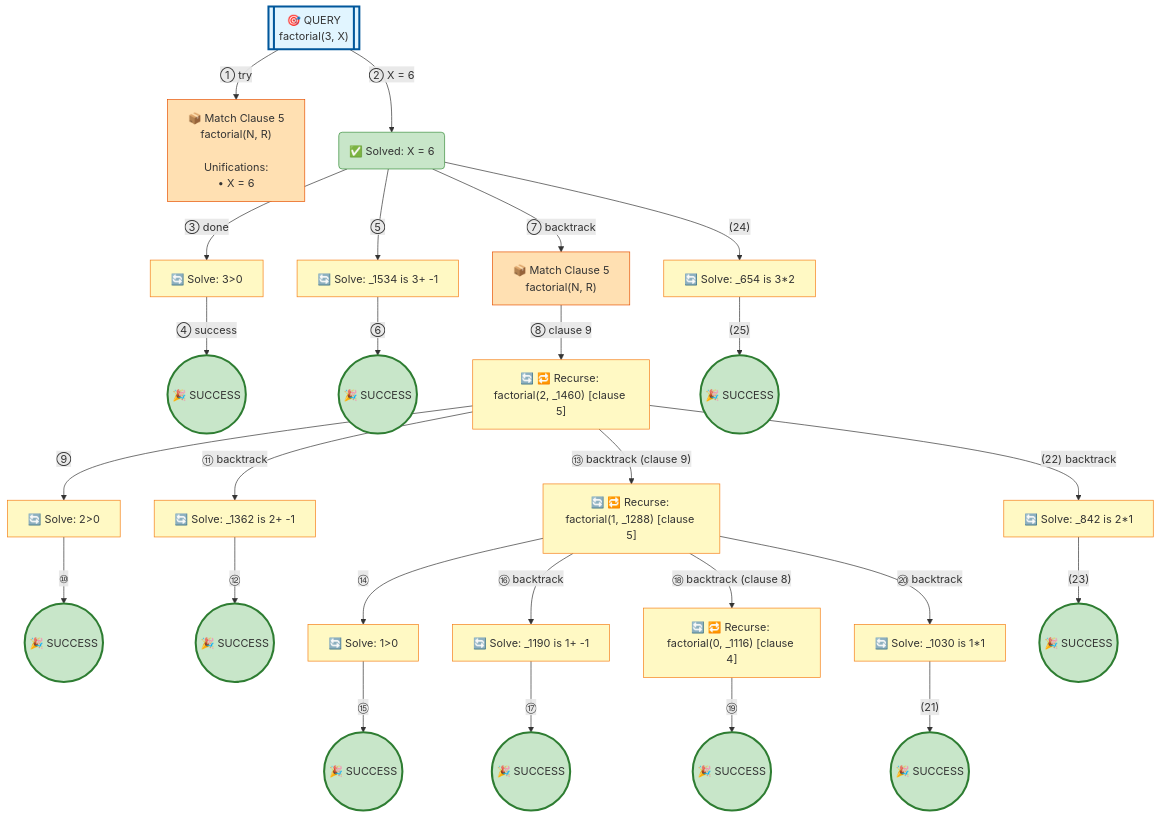
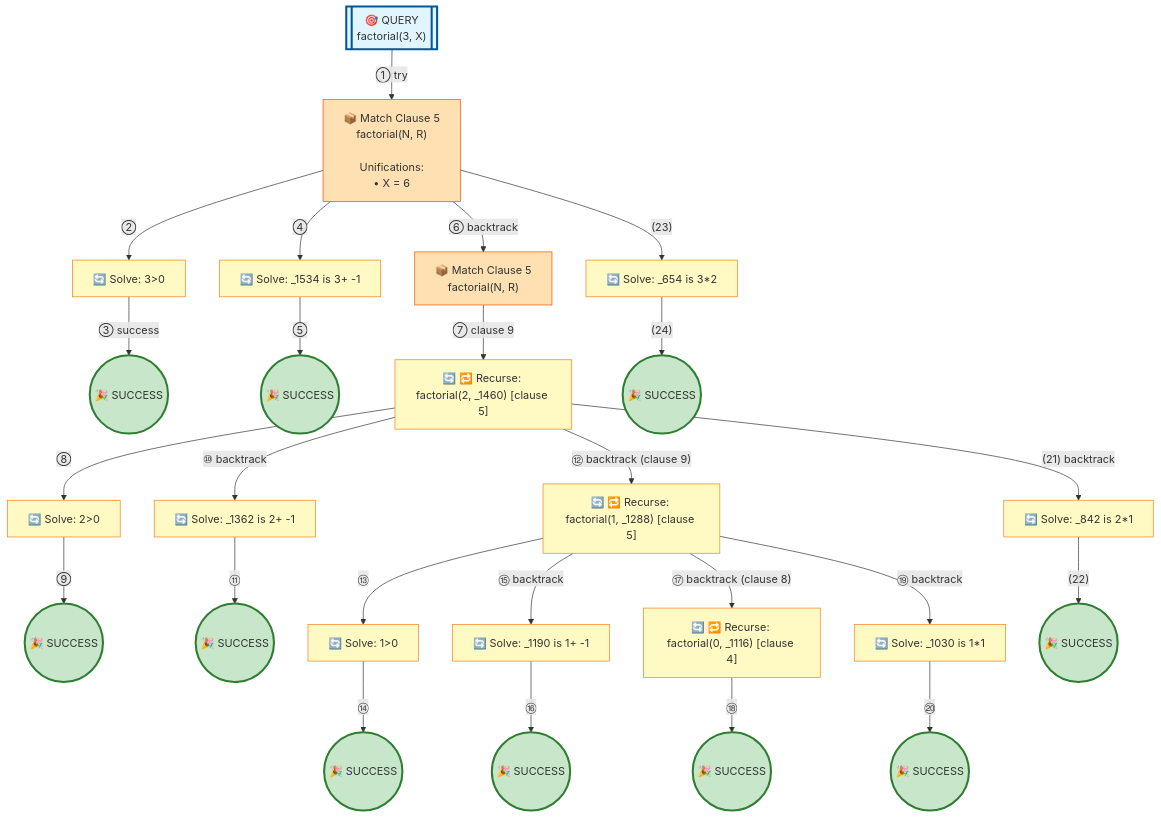
The diagram in examples/factorial-output.md (jarecsni/prolog-trace-viz), drawn with Mermaid before and after one commit. The commit also changed other lines of this file and 24 other files, not shown here.

````diff
--- a/examples/factorial-output.md
+++ b/examples/factorial-output.md
@@ -21,83 +21,80 @@
 %% Nodes
 A[["🎯 QUERY<br/>factorial(3, X)"]]
 B["📦 Match Clause 5<br/>factorial(N, R)<br/><br/>Unifications:<br/>• X = 6"]
-C("✅ Solved: X = 6")
-D["🔄 Solve: 3>0"]
-E(("🎉 SUCCESS"))
-F["🔄 Solve: _1534 is 3+ -1"]
-G(("🎉 SUCCESS"))
-H["📦 Match Clause 5<br/>factorial(N, R)"]
-I["🔄 🔁 Recurse: factorial(2, _1460) [clause 5]"]
-J["🔄 Solve: 2>0"]
-K(("🎉 SUCCESS"))
-L["🔄 Solve: _1362 is 2+ -1"]
-M(("🎉 SUCCESS"))
-N["🔄 🔁 Recurse: factorial(1, _1288) [clause 5]"]
-O["🔄 Solve: 1>0"]
-P(("🎉 SUCCESS"))
-Q["🔄 Solve: _1190 is 1+ -1"]
-R(("🎉 SUCCESS"))
-S["🔄 🔁 Recurse: factorial(0, _1116) [clause 4]"]
-T(("🎉 SUCCESS"))
-U["🔄 Solve: _1030 is 1*1"]
-V(("🎉 SUCCESS"))
-W["🔄 Solve: _842 is 2*1"]
-X(("🎉 SUCCESS"))
-Y["🔄 Solve: _654 is 3*2"]
-Z(("🎉 SUCCESS"))
+C["🔄 Solve: 3>0"]
+D(("🎉 SUCCESS"))
+E["🔄 Solve: _1534 is 3+ -1"]
+F(("🎉 SUCCESS"))
+G["📦 Match Clause 5<br/>factorial(N, R)"]
+H["🔄 🔁 Recurse: factorial(2, _1460) [clause 5]"]
+I["🔄 Solve: 2>0"]
+J(("🎉 SUCCESS"))
+K["🔄 Solve: _1362 is 2+ -1"]
+L(("🎉 SUCCESS"))
+M["🔄 🔁 Recurse: factorial(1, _1288) [clause 5]"]
+N["🔄 Solve: 1>0"]
+O(("🎉 SUCCESS"))
+P["🔄 Solve: _1190 is 1+ -1"]
+Q(("🎉 SUCCESS"))
+R["🔄 🔁 Recurse: factorial(0, _1116) [clause 4]"]
+S(("🎉 SUCCESS"))
+T["🔄 Solve: _1030 is 1*1"]
+U(("🎉 SUCCESS"))
+V["🔄 Solve: _842 is 2*1"]
+W(("🎉 SUCCESS"))
+X["🔄 Solve: _654 is 3*2"]
+Y(("🎉 SUCCESS"))
 
 %% Edges
 A -->|"① try"| B
-A -->|"② X = 6"| C
-C -->|"③ done"| D
-D -->|"④ success"| E
-C -->|"⑤"| F
-F -->|"⑥"| G
-C -->|"⑦ backtrack"| H
-H -->|"⑧ clause 9"| I
+B -->|"②"| C
+C -->|"③ success"| D
+B -->|"④"| E
+E -->|"⑤"| F
+B -->|"⑥ backtrack"| G
+G -->|"⑦ clause 9"| H
+H -->|"⑧"| I
 I -->|"⑨"| J
-J -->|"⑩"| K
-I -->|"⑪ backtrack"| L
-L -->|"⑫"| M
-I -->|"⑬ backtrack (clause 9)"| N
+H -->|"⑩ backtrack"| K
+K -->|"⑪"| L
+H -->|"⑫ backtrack (clause 9)"| M
+M -->|"⑬"| N
 N -->|"⑭"| O
-O -->|"⑮"| P
-N -->|"⑯ backtrack"| Q
-Q -->|"⑰"| R
-N -->|"⑱ backtrack (clause 8)"| S
-S -->|"⑲"| T
-N -->|"⑳ backtrack"| U
-U -->|"(21)"| V
-I -->|"(22) backtrack"| W
-W -->|"(23)"| X
-C -->|"(24)"| Y
-Y -->|"(25)"| Z
+M -->|"⑮ backtrack"| P
+P -->|"⑯"| Q
+M -->|"⑰ backtrack (clause 8)"| R
+R -->|"⑱"| S
+M -->|"⑲ backtrack"| T
+T -->|"⑳"| U
+H -->|"(21) backtrack"| V
+V -->|"(22)"| W
+B -->|"(23)"| X
+X -->|"(24)"| Y
 
 %% Styles
 style A fill:#e1f5ff,stroke:#01579b,stroke-width:3px
 style B fill:#ffe0b2,stroke:#e65100
-style C fill:#c8e6c9,stroke:#388e3c
-style D fill:#fff9c4,stroke:#f57f17
-style E fill:#c8e6c9,stroke:#2e7d32,stroke-width:3px
-style F fill:#fff9c4,stroke:#f57f17
-style G fill:#c8e6c9,stroke:#2e7d32,stroke-width:3px
-style H fill:#ffe0b2,stroke:#e65100
+style C fill:#fff9c4,stroke:#f57f17
+style D fill:#c8e6c9,stroke:#2e7d32,stroke-width:3px
+style E fill:#fff9c4,stroke:#f57f17
+style F fill:#c8e6c9,stroke:#2e7d32,stroke-width:3px
+style G fill:#ffe0b2,stroke:#e65100
+style H fill:#fff9c4,stroke:#f57f17
 style I fill:#fff9c4,stroke:#f57f17
-style J fill:#fff9c4,stroke:#f57f17
-style K fill:#c8e6c9,stroke:#2e7d32,stroke-width:3px
-style L fill:#fff9c4,stroke:#f57f17
-style M fill:#c8e6c9,stroke:#2e7d32,stroke-width:3px
+style J fill:#c8e6c9,stroke:#2e7d32,stroke-width:3px
+style K fill:#fff9c4,stroke:#f57f17
+style L fill:#c8e6c9,stroke:#2e7d32,stroke-width:3px
+style M fill:#fff9c4,stroke:#f57f17
 style N fill:#fff9c4,stroke:#f57f17
-style O fill:#fff9c4,stroke:#f57f17
-style P fill:#c8e6c9,stroke:#2e7d32,stroke-width:3px
-style Q fill:#fff9c4,stroke:#f57f17
-style R fill:#c8e6c9,stroke:#2e7d32,stroke-width:3px
-style S fill:#fff9c4,stroke:#f57f17
-style T fill:#c8e6c9,stroke:#2e7d32,stroke-width:3px
-style U fill:#fff9c4,stroke:#f57f17
-style V fill:#c8e6c9,stroke:#2e7d32,stroke-width:3px
-style W fill:#fff9c4,stroke:#f57f17
-style X fill:#c8e6c9,stroke:#2e7d32,stroke-width:3px
-style Y fill:#fff9c4,stroke:#f57f17
-style Z fill:#c8e6c9,stroke:#2e7d32,stroke-width:3px
+style O fill:#c8e6c9,stroke:#2e7d32,stroke-width:3px
+style P fill:#fff9c4,stroke:#f57f17
+style Q fill:#c8e6c9,stroke:#2e7d32,stroke-width:3px
+style R fill:#fff9c4,stroke:#f57f17
+style S fill:#c8e6c9,stroke:#2e7d32,stroke-width:3px
+style T fill:#fff9c4,stroke:#f57f17
+style U fill:#c8e6c9,stroke:#2e7d32,stroke-width:3px
+style V fill:#fff9c4,stroke:#f57f17
+style W fill:#c8e6c9,stroke:#2e7d32,stroke-width:3px
+style X fill:#fff9c4,stroke:#f57f17
+style Y fill:#c8e6c9,stroke:#2e7d32,stroke-width:3px
 ```
````
